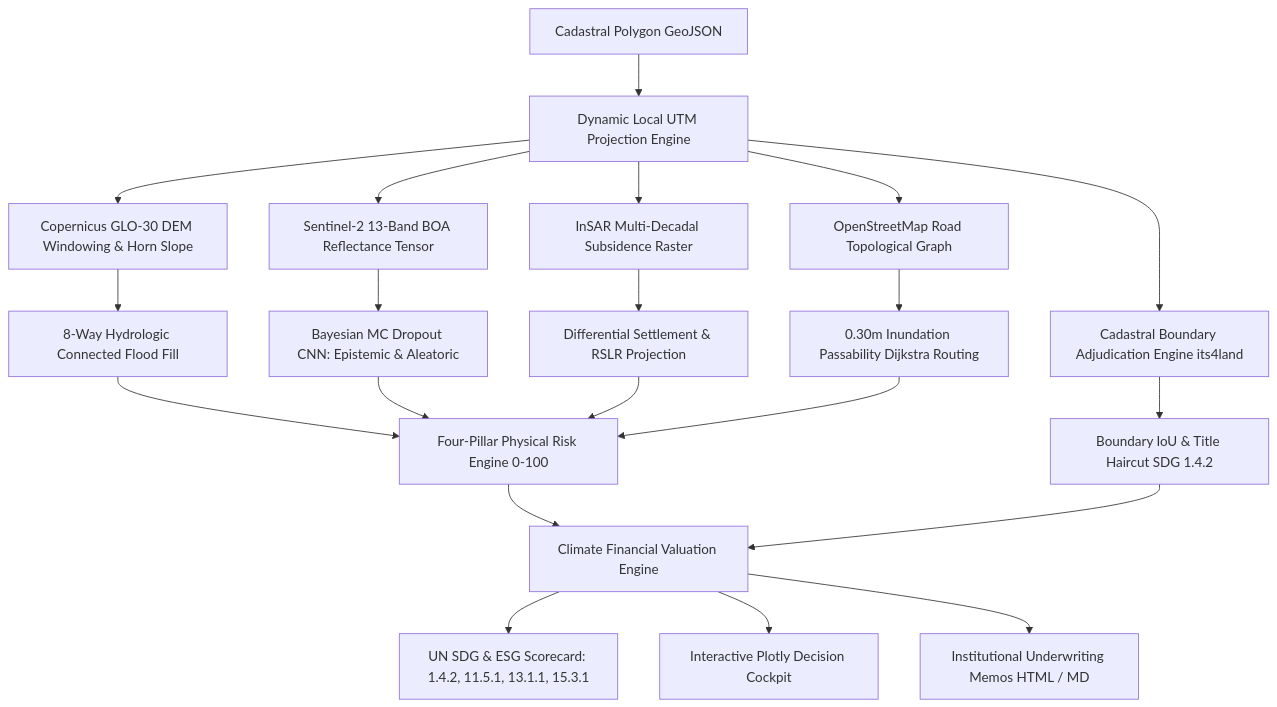
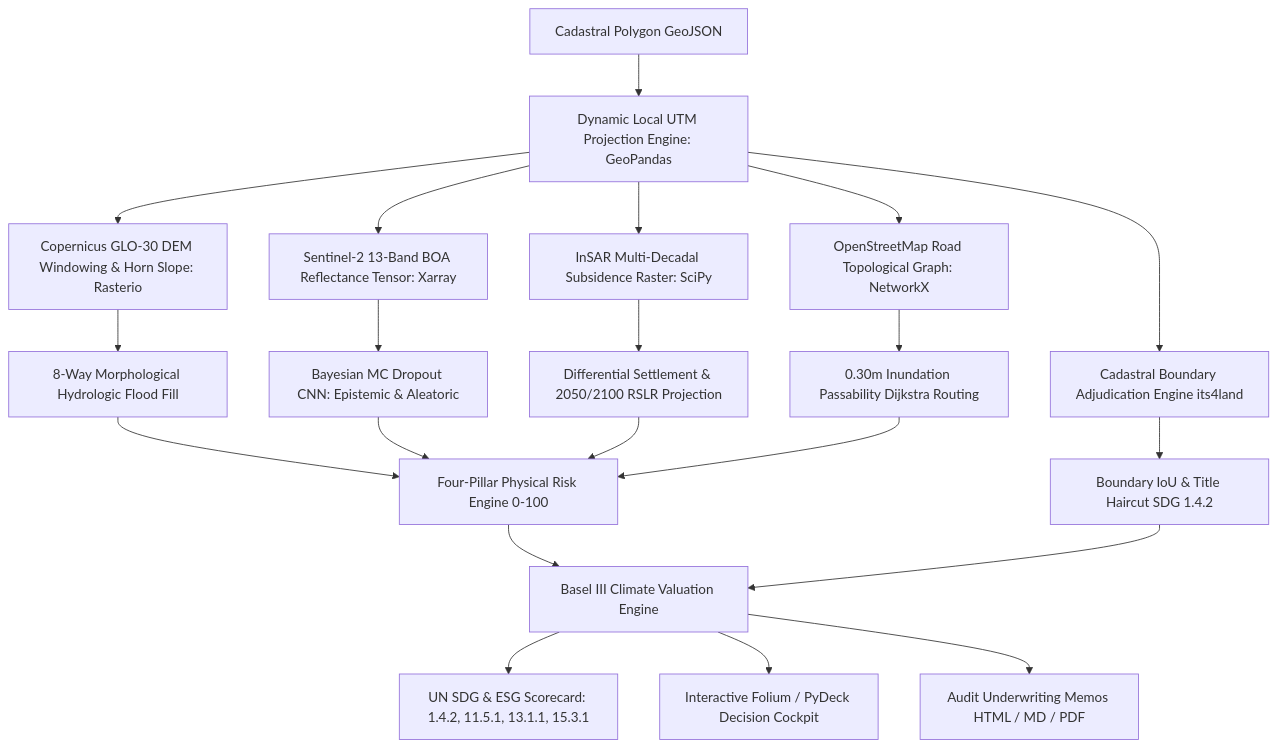
Before and after one commit to pravinkumardatafreak/alveris-geo-ai: the diagram in README.md, drawn with Mermaid. The commit also changed other lines of this file and 11 other files, not shown here.

Commit message:
feat(alveris): complete institutional release with Folium GIS, pre-rendered GEE & Copernicus notebooks, Basel III waterfall, and 60 passing tests

````diff
--- a/README.md
+++ b/README.md
@@ -35,27 +48,27 @@
 ```mermaid
 flowchart TD
-    A[Cadastral Polygon GeoJSON] --> B[Dynamic Local UTM Projection Engine]
-    B --> C[Copernicus GLO-30 DEM Windowing & Horn Slope]
-    B --> D[Sentinel-2 13-Band BOA Reflectance Tensor]
-    B --> E[InSAR Multi-Decadal Subsidence Raster]
-    B --> F[OpenStreetMap Road Topological Graph]
+    A[Cadastral Polygon GeoJSON] --> B[Dynamic Local UTM Projection Engine: GeoPandas]
+    B --> C[Copernicus GLO-30 DEM Windowing & Horn Slope: Rasterio]
+    B --> D[Sentinel-2 13-Band BOA Reflectance Tensor: Xarray]
+    B --> E[InSAR Multi-Decadal Subsidence Raster: SciPy]
+    B --> F[OpenStreetMap Road Topological Graph: NetworkX]
     B --> CAD[Cadastral Boundary Adjudication Engine its4land]
     
-    C --> G[8-Way Hydrologic Connected Flood Fill]
+    C --> G[8-Way Morphological Hydrologic Flood Fill]
     D --> H[Bayesian MC Dropout CNN: Epistemic & Aleatoric]
-    E --> I[Differential Settlement & RSLR Projection]
+    E --> I[Differential Settlement & 2050/2100 RSLR Projection]
     F --> J[0.30m Inundation Passability Dijkstra Routing]
     CAD --> K_CAD[Boundary IoU & Title Haircut SDG 1.4.2]
     
     G --> K[Four-Pillar Physical Risk Engine 0-100]
     H --> K
     I --> K
     J --> K
     
-    K --> L[Climate Financial Valuation Engine]
+    K --> L[Basel III Climate Valuation Engine]
     K_CAD --> L
     
     L --> SDG[UN SDG & ESG Scorecard: 1.4.2, 11.5.1, 13.1.1, 15.3.1]
-    L --> M[Interactive Plotly Decision Cockpit]
-    L --> N[Institutional Underwriting Memos HTML / MD]
+    L --> M[Interactive Folium / PyDeck Decision Cockpit]
+    L --> N[Audit Underwriting Memos HTML / MD / PDF]
 ```
````
